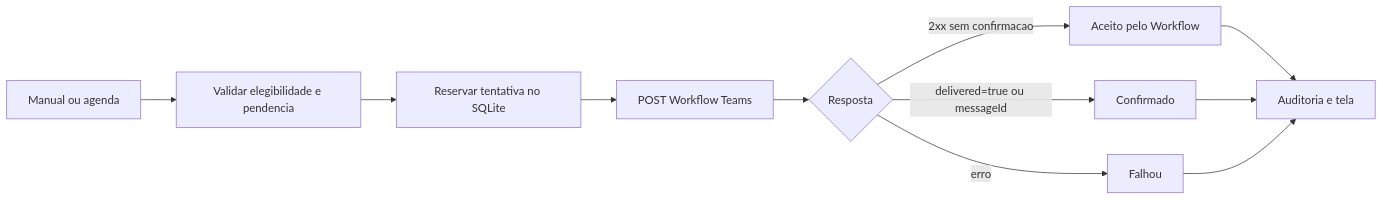
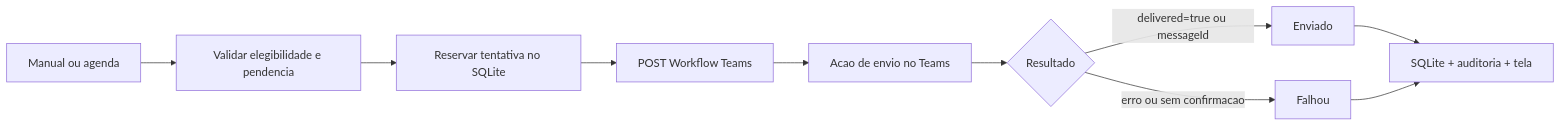
The diagram in docs/02-ARQUITETURA.md (danielgusmao/Automind.Treinamentos), drawn with Mermaid before and after one commit. The commit also changed other lines of this file and 20 other files, not shown here.

````diff
--- a/docs/02-ARQUITETURA.md
+++ b/docs/02-ARQUITETURA.md
@@ -60,13 +61,12 @@
 ```mermaid
 flowchart LR
     A[Manual ou agenda] --> B[Validar elegibilidade e pendencia]
     B --> C[Reservar tentativa no SQLite]
     C --> D[POST Workflow Teams]
-    D --> E{Resposta}
-    E -->|2xx sem confirmacao| F[Aceito pelo Workflow]
-    E -->|delivered=true ou messageId| G[Confirmado]
-    E -->|erro| H[Falhou]
-    F --> I[Auditoria e tela]
-    G --> I
+    D --> E[Acao de envio no Teams]
+    E --> F{Resultado}
+    F -->|delivered=true ou messageId| G[Enviado]
+    F -->|erro ou sem confirmacao| H[Falhou]
+    G --> I[SQLite + auditoria + tela]
     H --> I
 ```
````
